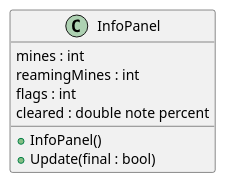
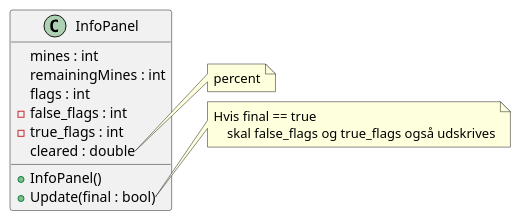
The diagram in docs/InfoPanel.puml (Erhvervsskolen-2011/Minesweeper_text_oop), drawn with PlantUML before and after one commit. The commit also changed 1 other file, not shown here.

```diff
--- a/docs/InfoPanel.puml
+++ b/docs/InfoPanel.puml
@@ -1,15 +1,25 @@
 @startuml
-
 
 class  InfoPanel{
     mines : int
-    reamingMines : int
+    remainingMines : int
     flags : int
-    cleared : double note percent
-
+    - false_flags : int
+    - true_flags : int
+    cleared : double 
+    
     + InfoPanel()
     + Update(final : bool)
 }
 
+note right of InfoPanel::cleared 
+   percent
+end note
+
+note right of InfoPanel::Update
+    Hvis final == true 
+        skal false_flags og true_flags også udskrives
+end note
+
 
 @enduml
```
